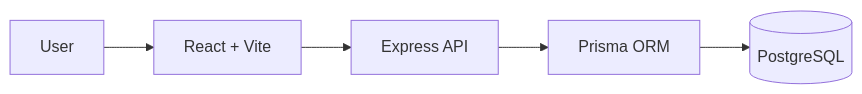
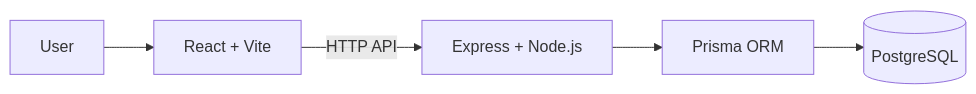
Before and after one commit to Servin1414/LinkShort: the diagram in README.md, drawn with Mermaid. The commit also changed other lines of this file, not shown here.

````diff
--- a/README.md
+++ b/README.md
@@ -53,7 +55,7 @@
 ```mermaid
 flowchart LR
     U[User] --> FE[React + Vite]
-    FE --> API[Express API]
+    FE -->|HTTP API| API[Express + Node.js]
     API --> ORM[Prisma ORM]
     ORM --> DB[(PostgreSQL)]
 ```
````
